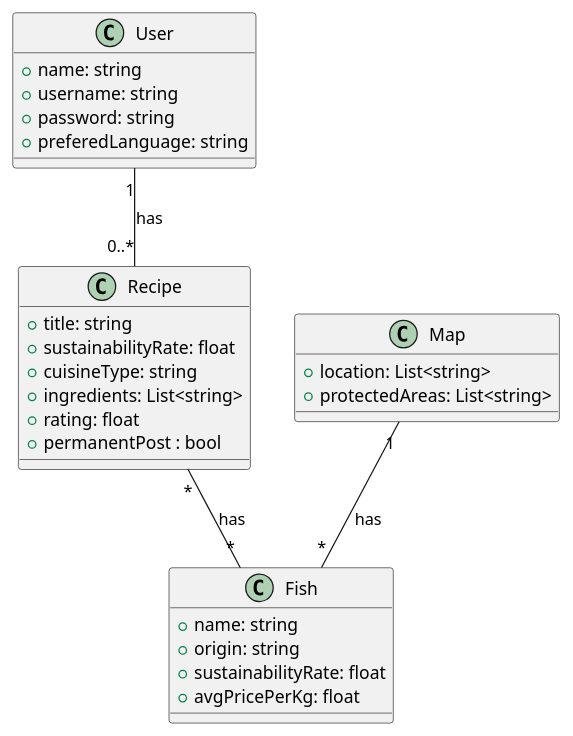
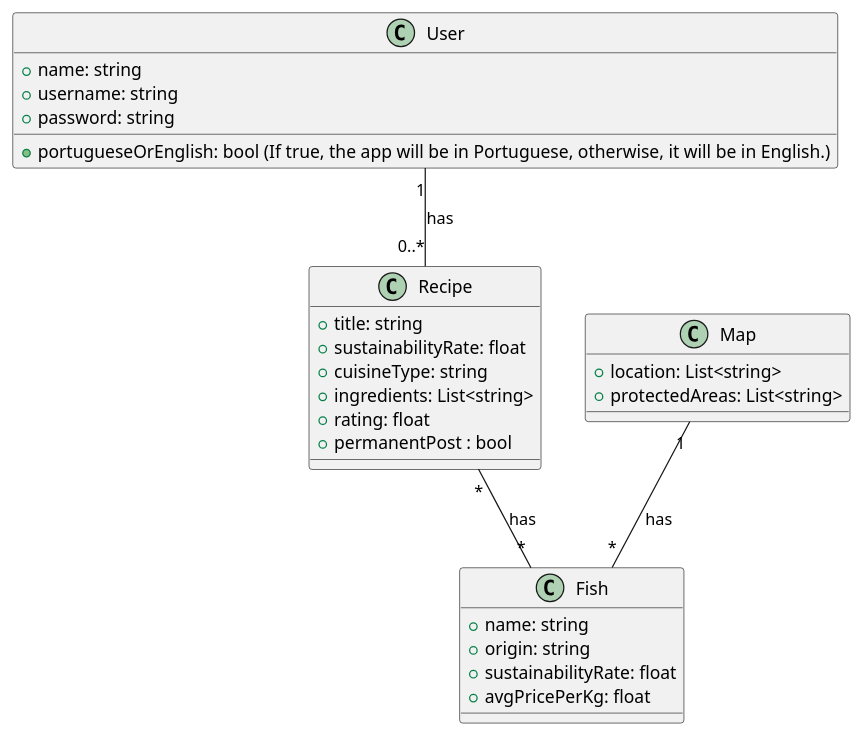
One commit to PedroLunet/MarineChoice changed the diagram in model.puml. Above: the diagram before and after it, drawn with PlantUML. The commit also changed 1 other file, not shown here.

```diff
--- a/model.puml
+++ b/model.puml
@@ -1,36 +1,36 @@
 @startuml domain modeling
 
 class User {
     + name: string
     + username: string
     + password: string
-    + preferedLanguage: string
+    + portugueseOrEnglish: bool (If true, the app will be in Portuguese, otherwise, it will be in English.)
 }
 
 class Recipe {
     + title: string
     + sustainabilityRate: float
     + cuisineType: string
     + ingredients: List<string>
     + rating: float
     + permanentPost : bool
 }
 
 
 class Fish {
     + name: string
     + origin: string
     + sustainabilityRate: float
     + avgPricePerKg: float
 }
 
 class Map {
     + location: List<string>
     + protectedAreas: List<string>
 }
 
 
 User "1" -- "0..*" Recipe : has
 Map "1" -- "*" Fish : has
 Recipe "*" -- "*" Fish : has
 @enduml
```
